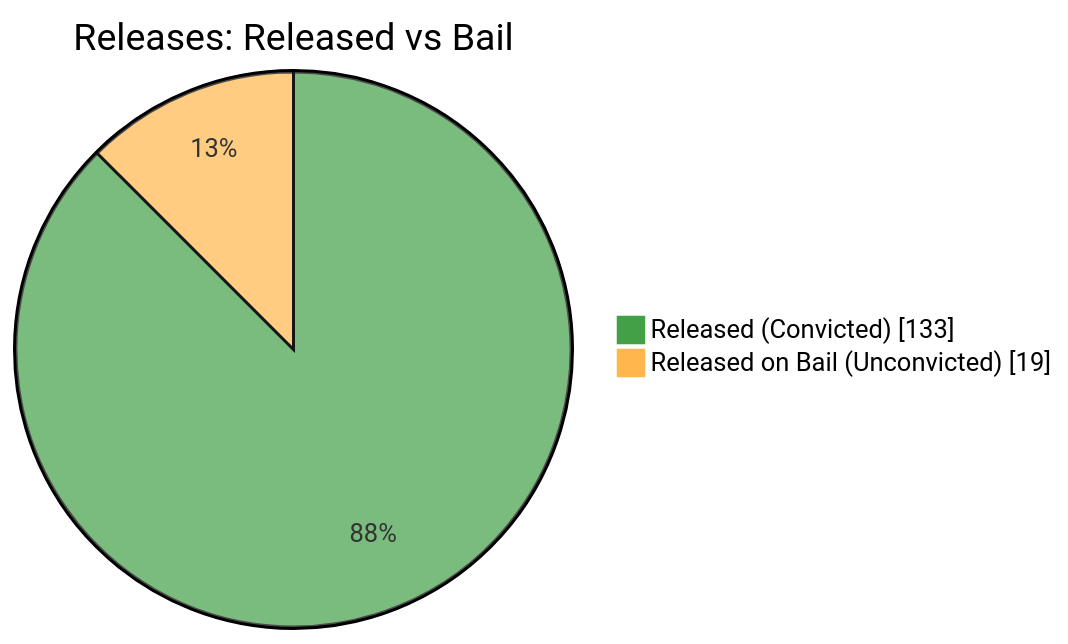
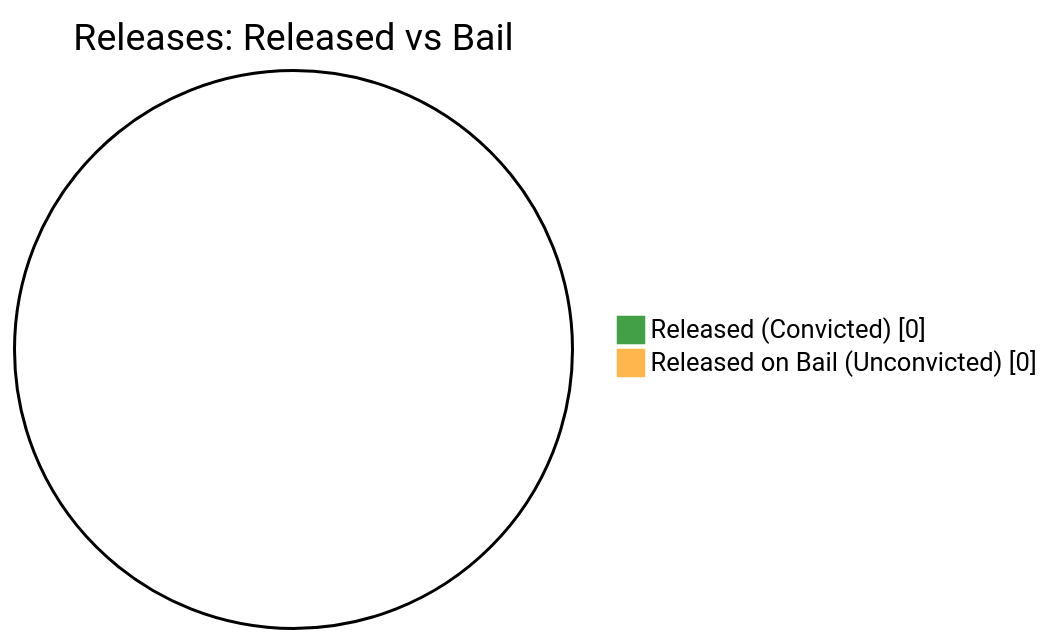
The fifth of 7 diagrams in README.md (nuuuwan/lk_prisons), drawn with Mermaid before and after one commit. The commit also changed other lines of this file and 1 other file, not shown here.

````diff
--- a/README.md
+++ b/README.md
@@ -87,6 +87,6 @@
 ```mermaid
 %%{init: {'themeVariables': {'pie1': '#43A047', 'pie2': '#FFB74D'}}}%%
 pie showData title Releases: Released vs Bail
-    "Released (Convicted)" : 133
-    "Released on Bail (Unconvicted)" : 19
+    "Released (Convicted)" : 0
+    "Released on Bail (Unconvicted)" : 0
 ```
````
